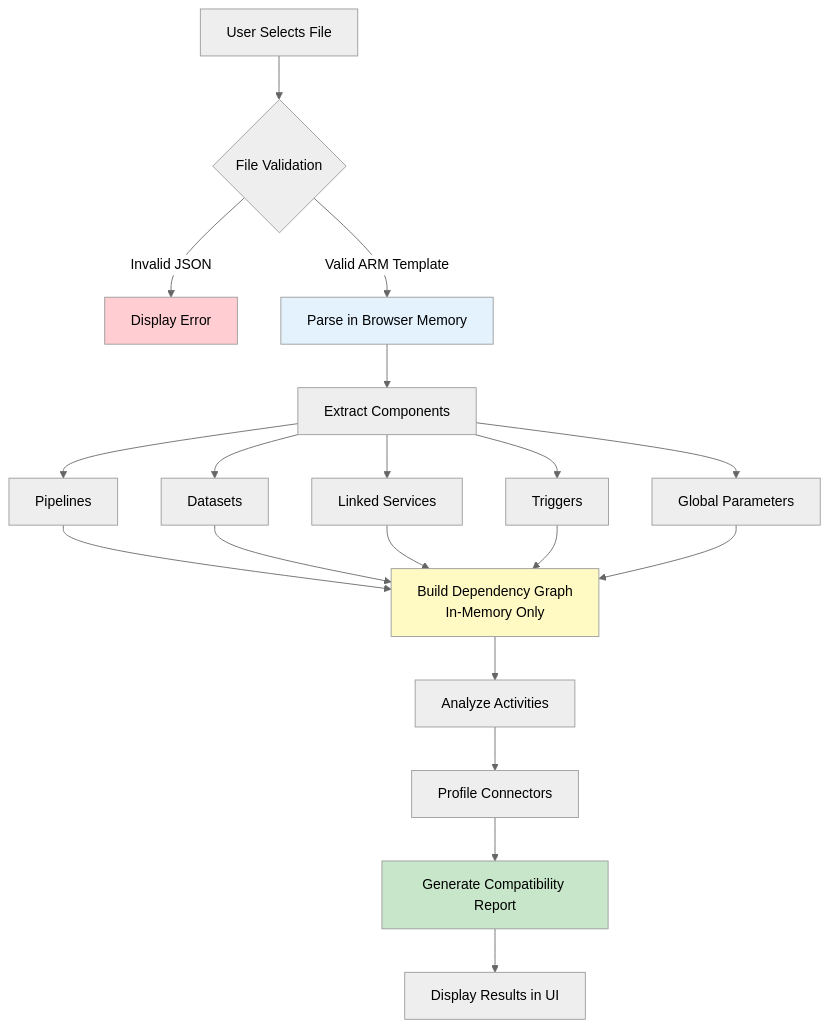
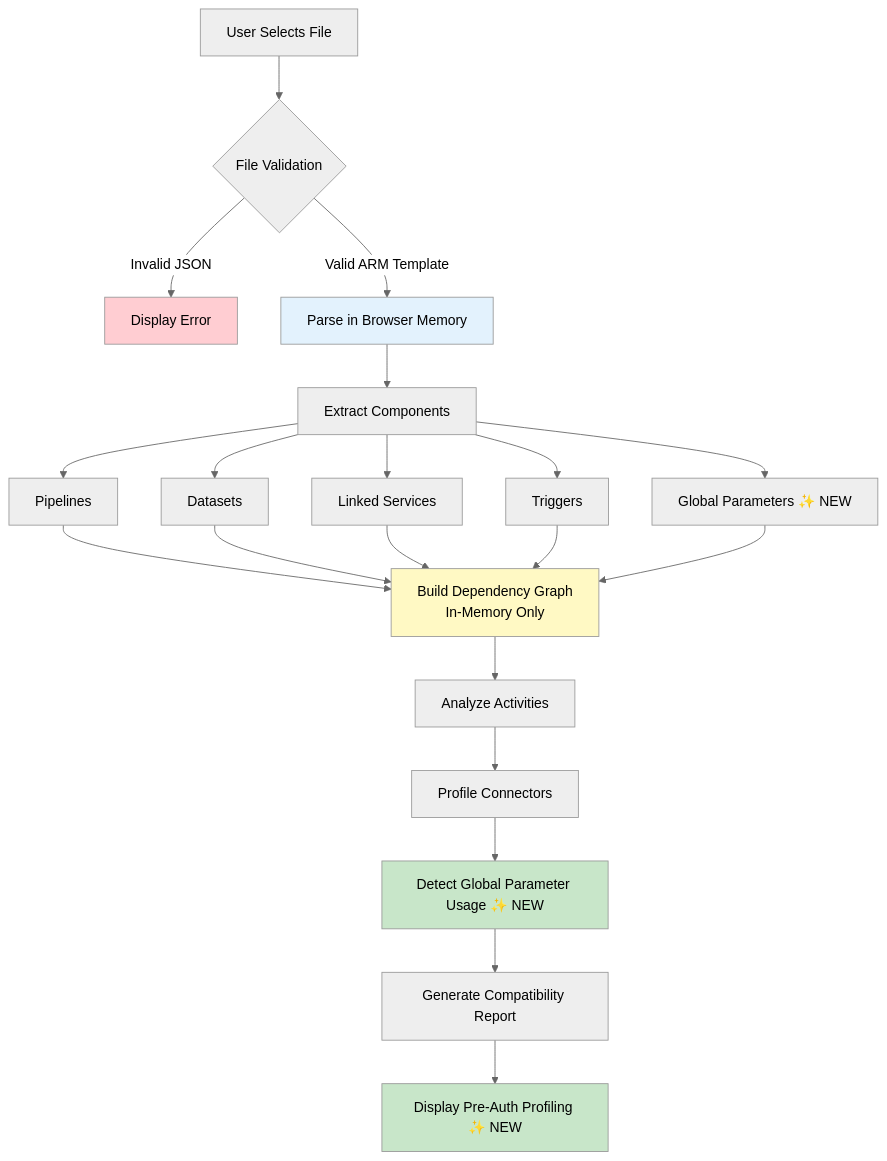
Before and after one commit to microsoft/fabric-toolbox: the second of 4 diagrams in README.md, drawn with Mermaid (neutral theme). The commit also changed other lines of this file and 52 other files, not shown here.

````diff
--- a/README.md
+++ b/README.md
@@ -294,29 +382,31 @@
 ```mermaid
 flowchart TD
     A[User Selects File] --> B{File Validation}
     B -->|Invalid JSON| C[Display Error]
     B -->|Valid ARM Template| D[Parse in Browser Memory]
     
     D --> E[Extract Components]
     E --> F[Pipelines]
     E --> G[Datasets]
     E --> H[Linked Services]
     E --> I[Triggers]
-    E --> J[Global Parameters]
+    E --> J[Global Parameters ✨ NEW]
     
     F --> K[Build Dependency Graph<br/>In-Memory Only]
     G --> K
     H --> K
     I --> K
     J --> K
     
     K --> L[Analyze Activities]
     L --> M[Profile Connectors]
-    M --> N[Generate Compatibility Report]
-    N --> O[Display Results in UI]
+    M --> N[Detect Global Parameter Usage ✨ NEW]
+    N --> O[Generate Compatibility Report]
+    O --> P[Display Pre-Auth Profiling ✨ NEW]
     
     style D fill:#e3f2fd
     style K fill:#fff9c4
     style N fill:#c8e6c9
+    style P fill:#c8e6c9
     style C fill:#ffcdd2
 ```
````
